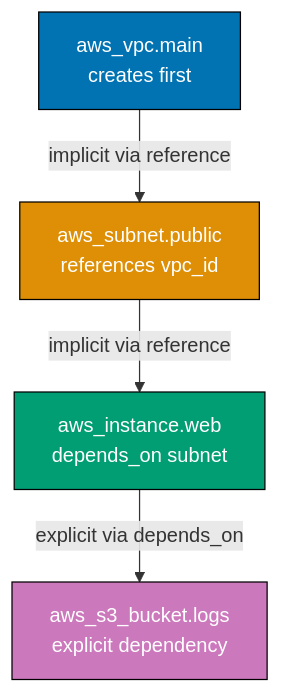
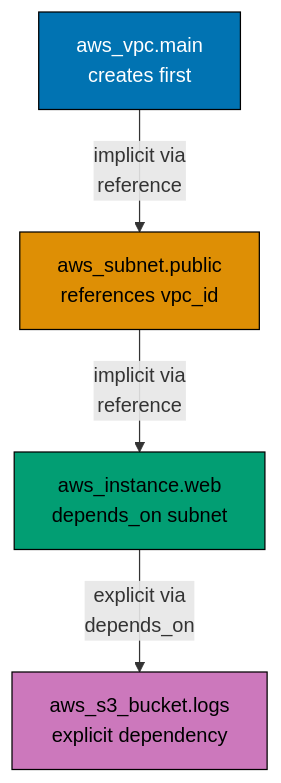
Before and after one commit to wahidyankf/ose-public: the eighth of 9 diagrams in apps/ayokoding-www/content/en/learn/legacy/software-engineering/infrastructure/infrastructure-as-code/by-example/beginner.md, drawn with Mermaid. The commit also changed other lines of this file and 131 other files, not shown here.

First line of the commit message:
fix(mermaid): bring the legacy data, infrastructure, and testing diagrams onto the accessible palette

````diff
--- a/apps/ayokoding-www/content/en/learn/legacy/software-engineering/infrastructure/infrastructure-as-code/by-example/beginner.md
+++ b/apps/ayokoding-www/content/en/learn/legacy/software-engineering/infrastructure/infrastructure-as-code/by-example/beginner.md
@@ -1126,16 +1172,23 @@
 ```mermaid
 graph TD
+    accTitle: Example 24: Implicit vs Explicit Dependencies
+    accDescr: Graph with 4 nodes and 3 connections. Nodes: aws_vpc.main creates first, aws_subnet.public references vpc_id, aws_instance.web depends_on subnet, aws_s3_bucket.logs explicit dependency. Connections: aws_vpc.main creates first to aws_subnet.public references vpc_id (implicit via reference), aws_subnet.public references vpc_id to aws_instance.web depends_on subnet (implicit via reference), aws_instance.web depends_on subnet to aws_s3_bucket.logs explicit dependency (explicit via depends_on).
     A["aws_vpc.main<br/>creates first"]
     B["aws_subnet.public<br/>references vpc_id"]
     C["aws_instance.web<br/>depends_on subnet"]
     D["aws_s3_bucket.logs<br/>explicit dependency"]
 
-    A -->|implicit via reference| B
-    B -->|implicit via reference| C
-    C -->|explicit via depends_on| D
+    A -->|implicit via<br/>reference| B
+    B -->|implicit via<br/>reference| C
+    C -->|explicit via<br/>depends_on| D
 
-    style A fill:#0173B2,stroke:#000,color:#fff
-    style B fill:#DE8F05,stroke:#000,color:#fff
-    style C fill:#029E73,stroke:#000,color:#fff
-    style D fill:#CC78BC,stroke:#000,color:#fff
+    classDef pal-0173B2 fill:#0173B2,stroke:#000000,color:#FFFFFF
+    class A pal-0173B2
+    classDef pal-DE8F05 fill:#DE8F05,stroke:#000000,color:#000000
+    class B pal-DE8F05
+    classDef pal-029E73 fill:#029E73,stroke:#000000,color:#000000
+    class C pal-029E73
+    classDef pal-CC78BC fill:#CC78BC,stroke:#000000,color:#000000
+    class D pal-CC78BC
+    classDef default fill:#FFFFFF,stroke:#000000,color:#000000
 ```
````
